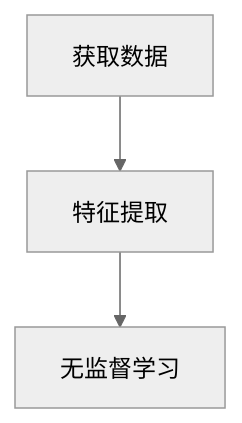
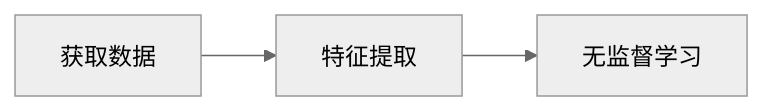
Before and after one commit to Hedge36/Python-code: the second of 2 diagrams in Reading/机器学习算法实例/machine-learning.md, drawn with Mermaid (neutral theme). The commit also changed other lines of this file and 287 other files, not shown here.

````diff
--- a/Reading/机器学习算法实例/machine-learning.md
+++ b/Reading/机器学习算法实例/machine-learning.md
@@ -108,5 +108,5 @@
 ```mermaid
-graph TB
+graph LR
 
 获取数据 --> 特征提取  --> 无监督学习
 ```
````
